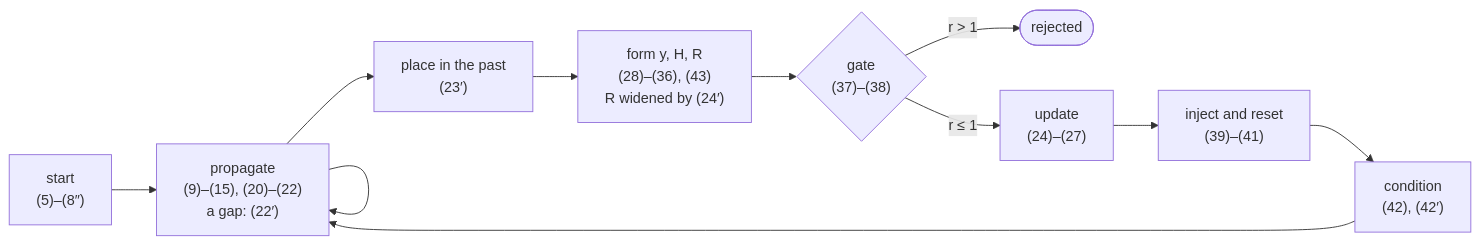
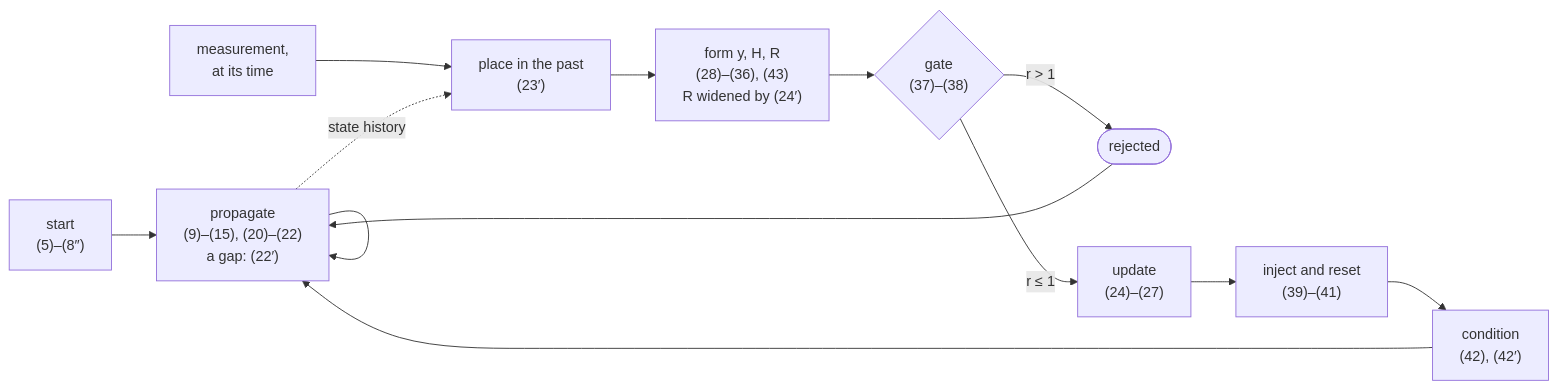
The first of 2 diagrams in EQUATIONS.md (wboayue/fusion-nav), drawn with Mermaid before and after one commit. The commit also changed other lines of this file, not shown here.

````diff
--- a/EQUATIONS.md
+++ b/EQUATIONS.md
@@ -24,13 +24,15 @@
 ```mermaid
 flowchart LR
     init["start<br/>(5)–(8″)"] --> prop["propagate<br/>(9)–(15), (20)–(22)<br/>a gap: (22′)"]
     prop --> prop
-    prop --> past["place in the past<br/>(23′)"]
+    z["measurement,<br/>at its time"] --> past["place in the past<br/>(23′)"]
+    prop -. "state history" .-> past
     past --> model["form y, H, R<br/>(28)–(36), (43)<br/>R widened by (24′)"]
     model --> gate{"gate<br/>(37)–(38)"}
     gate -- "r > 1" --> rej(["rejected"])
+    rej --> prop
     gate -- "r ≤ 1" --> upd["update<br/>(24)–(27)"]
     upd --> reset["inject and reset<br/>(39)–(41)"]
     reset --> cond["condition<br/>(42), (42′)"]
     cond --> prop
 ```
````
